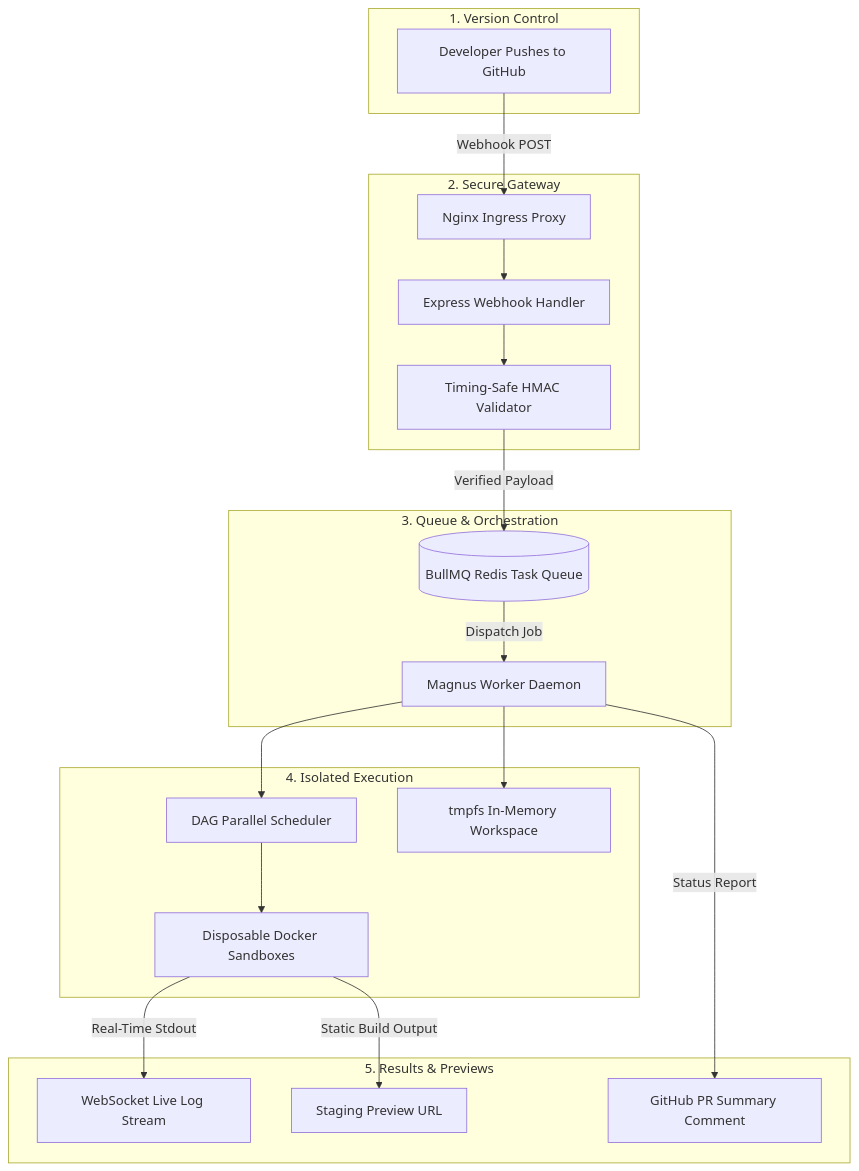
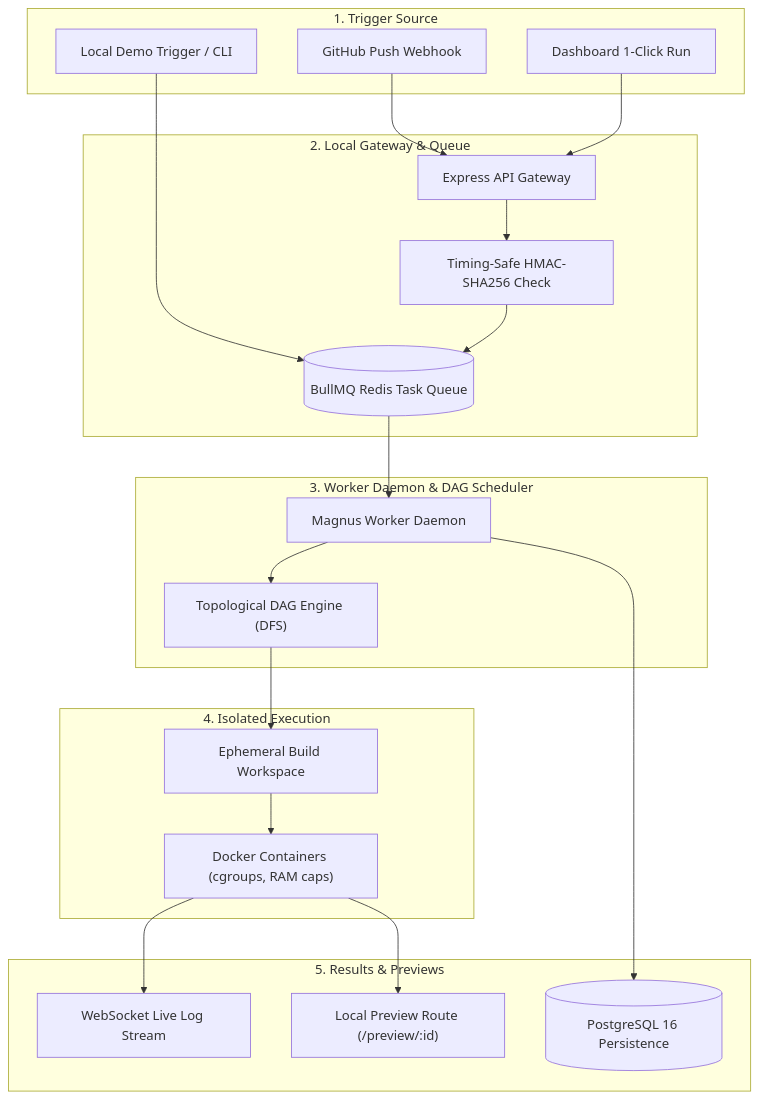
The diagram in README.md (AmanKashyapp07/MagnusCI), drawn with Mermaid before and after one commit. The commit also changed other lines of this file, not shown here.

````diff
--- a/README.md
+++ b/README.md
@@ -76,43 +76,45 @@
 ```mermaid
 flowchart TD
-    subgraph Git ["1. Version Control"]
-        Push["Developer Pushes to GitHub"]
+    subgraph Trigger ["1. Trigger Source"]
+        Webhook["GitHub Push Webhook"]
+        CLIDemo["Local Demo Trigger / CLI"]
+        UIDash["Dashboard 1-Click Run"]
     end
 
-    subgraph Ingress ["2. Secure Gateway"]
-        Nginx["Nginx Ingress Proxy"]
-        Express["Express Webhook Handler"]
-        HMAC["Timing-Safe HMAC Validator"]
+    subgraph Gateway ["2. Local Gateway & Queue"]
+        Express["Express API Gateway"]
+        HMAC["Timing-Safe HMAC-SHA256 Check"]
+        BullMQ[("BullMQ Redis Task Queue")]
     end
 
-    subgraph Queue ["3. Queue & Orchestration"]
-        BullMQ[("BullMQ Redis Task Queue")]
+    subgraph Scheduler ["3. Worker Daemon & DAG Scheduler"]
         Worker["Magnus Worker Daemon"]
+        DAG["Topological DAG Engine (DFS)"]
     end
 
     subgraph Execution ["4. Isolated Execution"]
-        DAG["DAG Parallel Scheduler"]
-        RAMDisk["tmpfs In-Memory Workspace"]
-        Docker["Disposable Docker Sandboxes"]
+        Workspace["Ephemeral Build Workspace"]
+        Docker["Docker Containers (cgroups, RAM caps)"]
     end
 
     subgraph Outputs ["5. Results & Previews"]
         LiveLogs["WebSocket Live Log Stream"]
-        Previews["Staging Preview URL"]
-        PRBot["GitHub PR Summary Comment"]
+        Previews["Local Preview Route (/preview/:id)"]
+        DB[(PostgreSQL 16 Persistence)]
     end
 
-    Push -->|Webhook POST| Nginx
-    Nginx --> Express
+    Webhook --> Express
+    CLIDemo --> BullMQ
+    UIDash --> Express
     Express --> HMAC
-    HMAC -->|Verified Payload| BullMQ
-    BullMQ -->|Dispatch Job| Worker
+    HMAC --> BullMQ
+    BullMQ --> Worker
 
-    Worker --> RAMDisk
     Worker --> DAG
-    DAG --> Docker
+    DAG --> Workspace
+    Workspace --> Docker
 
-    Docker -->|Real-Time Stdout| LiveLogs
-    Docker -->|Static Build Output| Previews
-    Worker -->|Status Report| PRBot
+    Docker --> LiveLogs
+    Docker --> Previews
+    Worker --> DB
 ```
````
